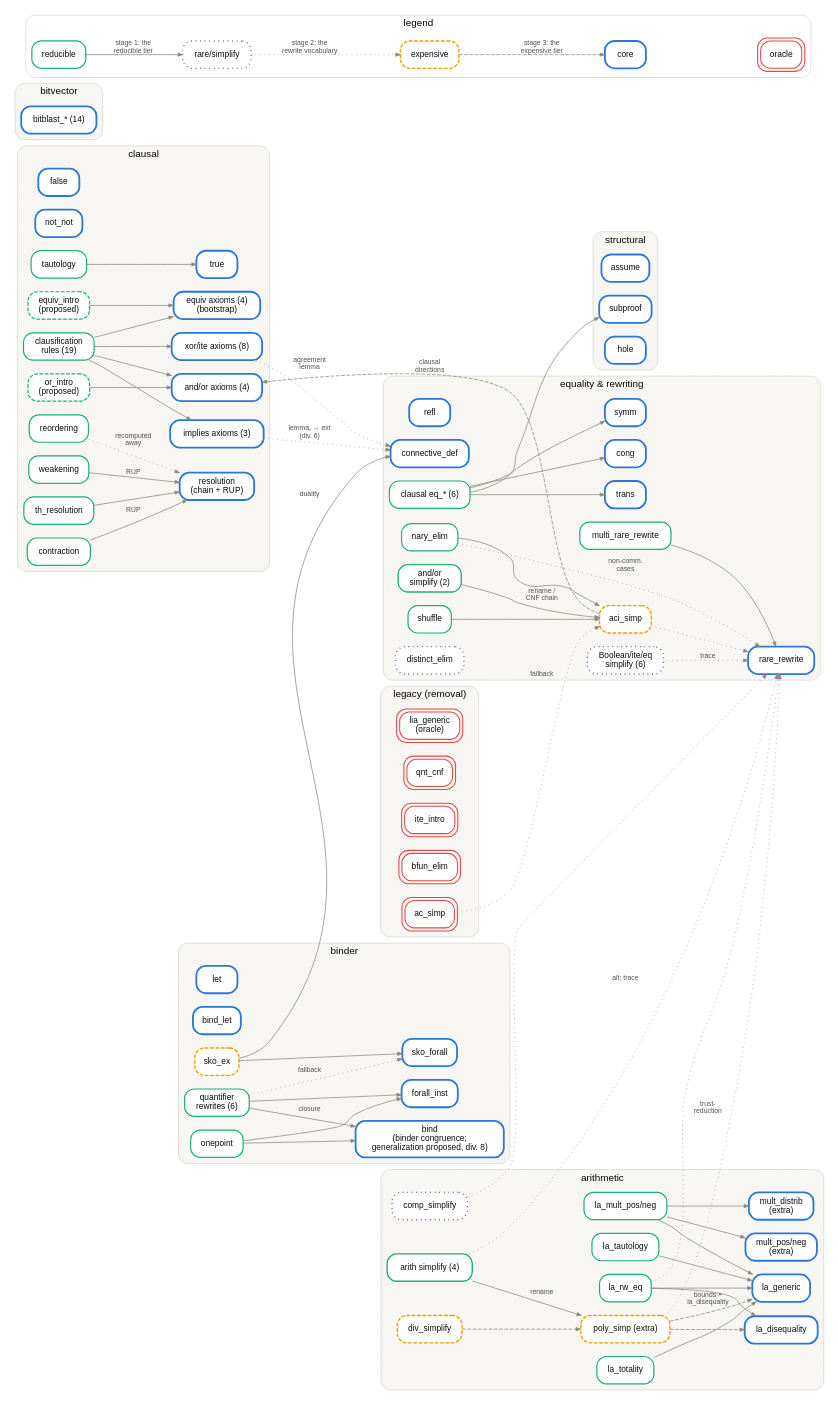
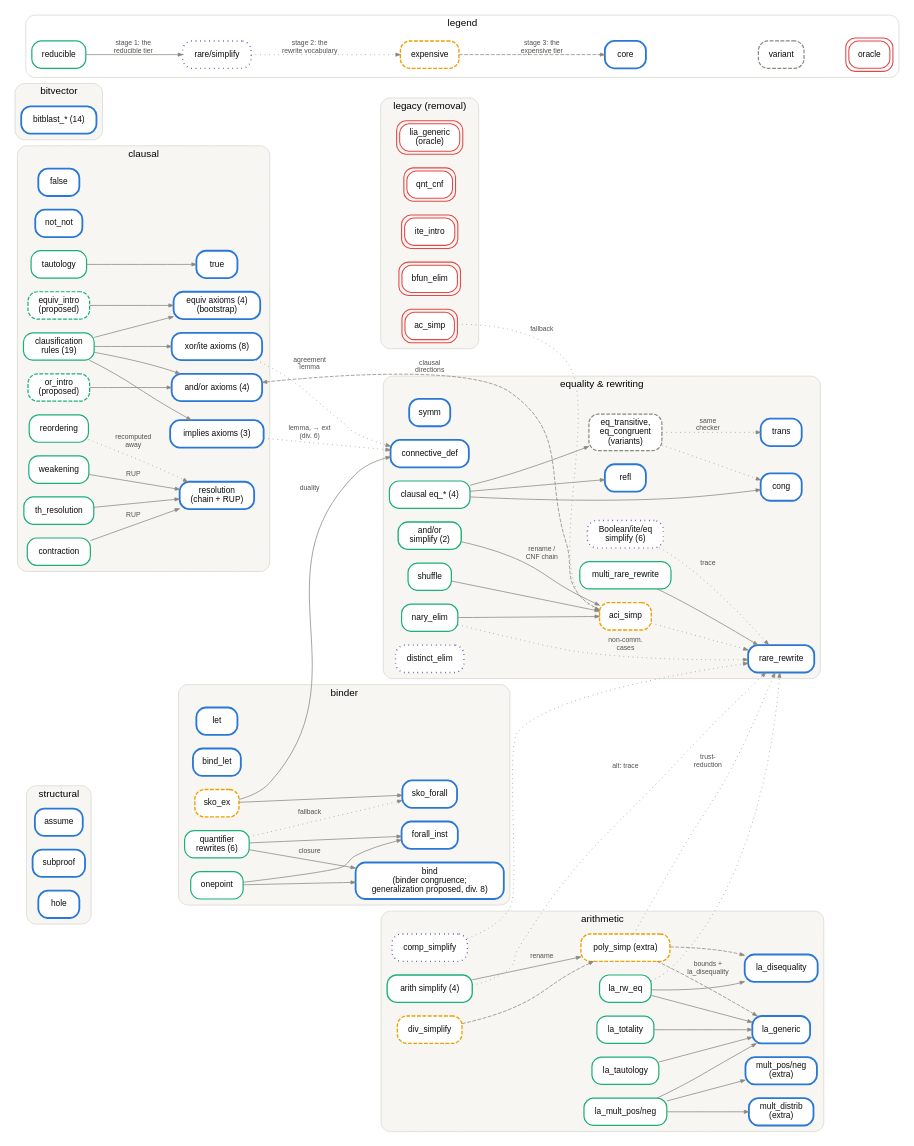
The diagram in docs/src/core/reduction-graph.dot (HanielB/carcara), drawn with Graphviz before and after one commit. The commit also changed 9 other files, not shown here.

First line of the commit message:
Reduce eq_symmetric in two steps; make the clausal eq pair variants

```diff
--- a/docs/src/core/reduction-graph.dot
+++ b/docs/src/core/reduction-graph.dot
@@ -67,7 +67,8 @@
     symm  [URL="classification.html#equality-and-rewriting", target="_self", tooltip="i ▷ φ ≈ ψ\n⟹  ▷ ψ ≈ φ", color="#2a78d6", penwidth=2.4];
     connective_def [URL="classification.html#equality-and-rewriting", target="_self", tooltip="▷ (xor φ1 φ2) ≈ (¬φ1∧φ2) ∨ (φ1∧¬φ2)\n▷ (φ1 ≈ φ2) ≈ (φ1→φ2) ∧ (φ2→φ1)\n▷ (ite φ1 φ2 φ3) ≈ (φ1→φ2) ∧ (¬φ1→φ3)\n▷ ∀x̄.φ ≈ ¬∃x̄.¬φ   (and dually)\nproposed (div. 6):  ▷ (φ1 → φ2) ≈ ¬φ1 ∨ φ2", color="#2a78d6", penwidth=2.4];
     rare_rewrite   [URL="classification.html#equality-and-rewriting", target="_self", tooltip="Γ ▷ t ≈ u\nan instance of a declared RARE rule (:args name + substitution)", color="#2a78d6", penwidth=2.4];
-    eq_clausal [URL="classification.html#ex-eq-transitive", target="_self", tooltip="eq_reflexive:  ▷ t ≈ t\neq_transitive:  ▷ ¬(t1≈t2), …, ¬(tn−1≈tn), t1 ≈ tn\neq_congruent:  ▷ ¬(t1≈u1), …, ¬(tn≈un), f(t̄) ≈ f(ū)\neq_congruent_pred:  likewise for Bool codomain\neq_symmetric:  ▷ (t1≈t2) ≈ (t2≈t1)\nnot_symm:  i ▷ ¬(φ≈ψ)  ⟹  ▷ ¬(ψ≈φ)", label="clausal eq_* (6)", color="#1baf7a", penwidth=1.6];
+    eq_clausal [URL="classification.html#ex-eq-transitive", target="_self", tooltip="eq_reflexive:  ▷ t ≈ t  (→ refl)\neq_congruent_pred:  → eq_congruent + equiv_pos\neq_symmetric:  ▷ (t1≈t2) ≈ (t2≈t1)  (→ refl + cong)\nnot_symm:  i ▷ ¬(φ≈ψ)  ⟹  ▷ ¬(ψ≈φ)", label="clausal eq_* (4)", color="#1baf7a", penwidth=1.6];
+    eq_variant [URL="classification.html#variants-2", target="_self", tooltip="eq_transitive:  ▷ ¬(t1≈t2), …, ¬(tn−1≈tn), t1 ≈ tn\neq_congruent:  ▷ ¬(t1≈u1), …, ¬(tn≈un), f(t̄) ≈ f(ū)\nclausal variants of trans/cong — same checker functions,\nso neither counted towards the core nor eliminated", label="eq_transitive,\neq_congruent\n(variants)", color="#8a887f", penwidth=1.6, style="rounded,filled,dashed"];
     multi_rare_rewrite [URL="classification.html#ex-multi-rare-rewrite", target="_self", tooltip="Γ ▷ t ≈ u\nby several RARE rules applied at given positions", color="#1baf7a", penwidth=1.6];
     shuffle   [URL="classification.html#equality-and-rewriting", target="_self", tooltip="Γ ▷ ∘(t1 … tn) ≈ ∘(u1 … un)\nequal multisets {t̄} = {ū},  ∘ ∈ {+, *, ∧, ∨}", color="#1baf7a", penwidth=1.6];
     nary_elim [URL="classification.html#ex-nary-elim", target="_self", tooltip="Γ ▷ ∘(t1 … tn) ≈ its binary nesting", color="#1baf7a", penwidth=1.6];
@@ -122,7 +123,8 @@
   onepoint -> forall_inst; onepoint -> bind;
   qnt_rw -> bind [label="closure"]; qnt_rw -> forall_inst;
   qnt_rw -> sko_forall [style=dotted, label="fallback"];
-  eq_clausal -> trans; eq_clausal -> cong; eq_clausal -> symm; eq_clausal -> subproof;
+  eq_clausal -> refl; eq_clausal -> cong; eq_clausal -> eq_variant;
+  eq_variant -> trans [style=dotted, label="same\nchecker"]; eq_variant -> cong [style=dotted];
   multi_rare_rewrite -> rare_rewrite;
   la_totality -> la_generic; la_tautology -> la_generic;
 
@@ -158,10 +160,12 @@
     l_agg  [label="rare/simplify", color="#4a3aa7", penwidth=1.8, style="rounded,filled,dotted"];
     l_exp  [label="expensive", color="#eda100", penwidth=1.8, style="rounded,filled,dashed"];
     l_core [label="core", color="#2a78d6", penwidth=2.4];
+    l_var  [label="variant", color="#8a887f", penwidth=1.6, style="rounded,filled,dashed"];
     l_rem  [label="oracle", color="#e34948", penwidth=1.4, peripheries=2];
     l_red  -> l_agg [label="stage 1: the\nreducible tier"];
     l_agg  -> l_exp [style=dotted, label="stage 2: the\nrewrite vocabulary"];
     l_exp  -> l_core [style=dashed, label="stage 3: the\nexpensive tier"];
-    l_core -> l_rem [style=invis];
+    l_core -> l_var [style=invis];
+    l_var -> l_rem [style=invis];
   }
 }
```
